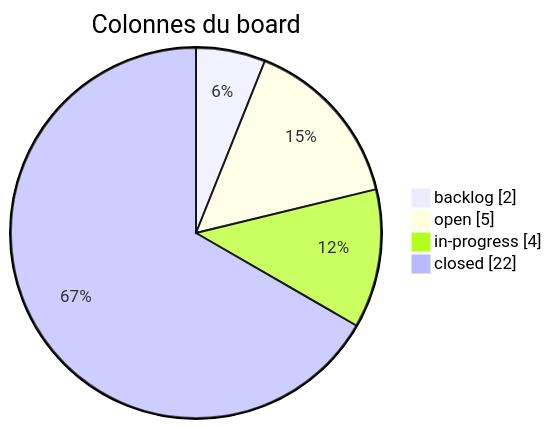
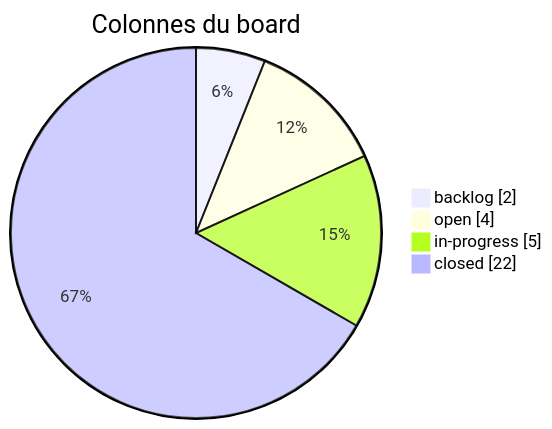
The third of 7 diagrams in modules/M51_projet-board-J11.md (Gooseppr/GevOps_LC), drawn with Mermaid before and after one commit. The commit also changed other lines of this file, not shown here.

````diff
--- a/modules/M51_projet-board-J11.md
+++ b/modules/M51_projet-board-J11.md
@@ -47,8 +47,8 @@
 ```mermaid
 pie showData
     title Colonnes du board
     "backlog" : 2
-    "open" : 5
-    "in-progress" : 4
+    "open" : 4
+    "in-progress" : 5
     "closed" : 22
 ```
````
